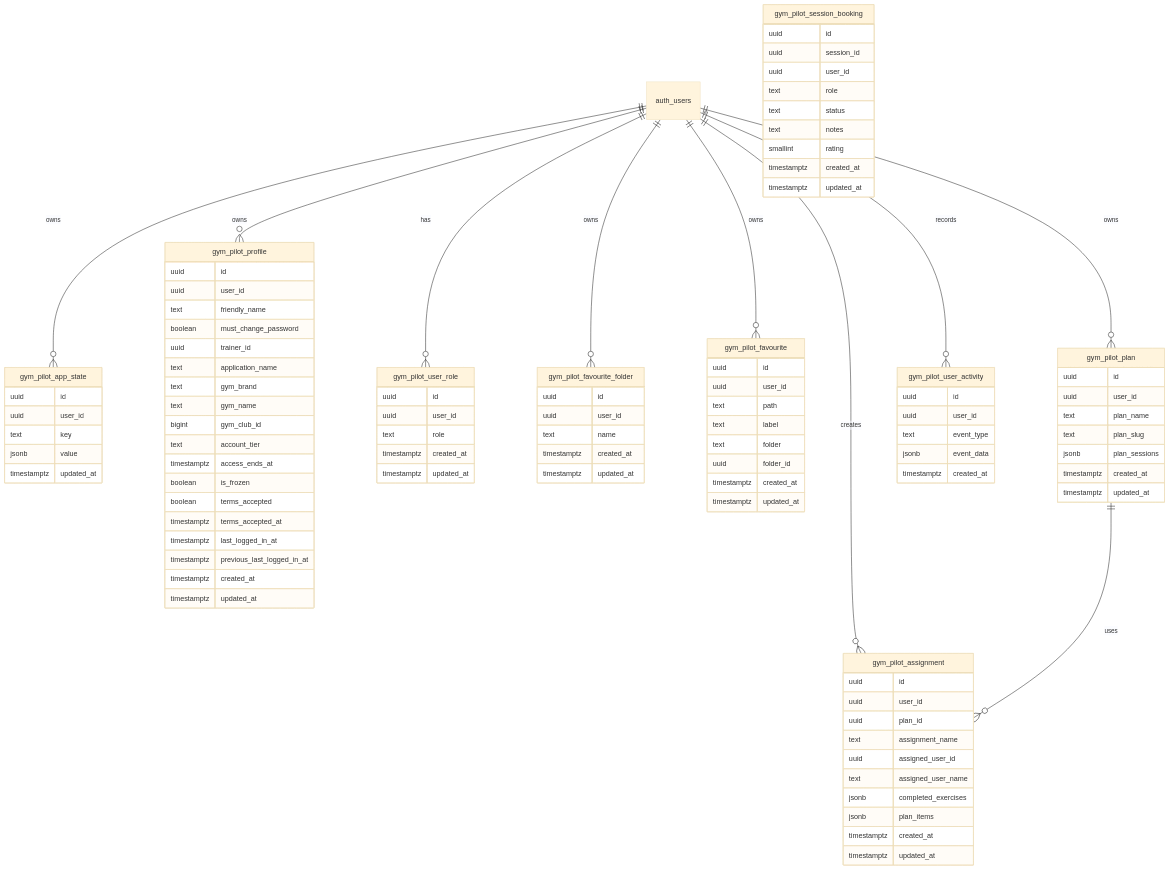
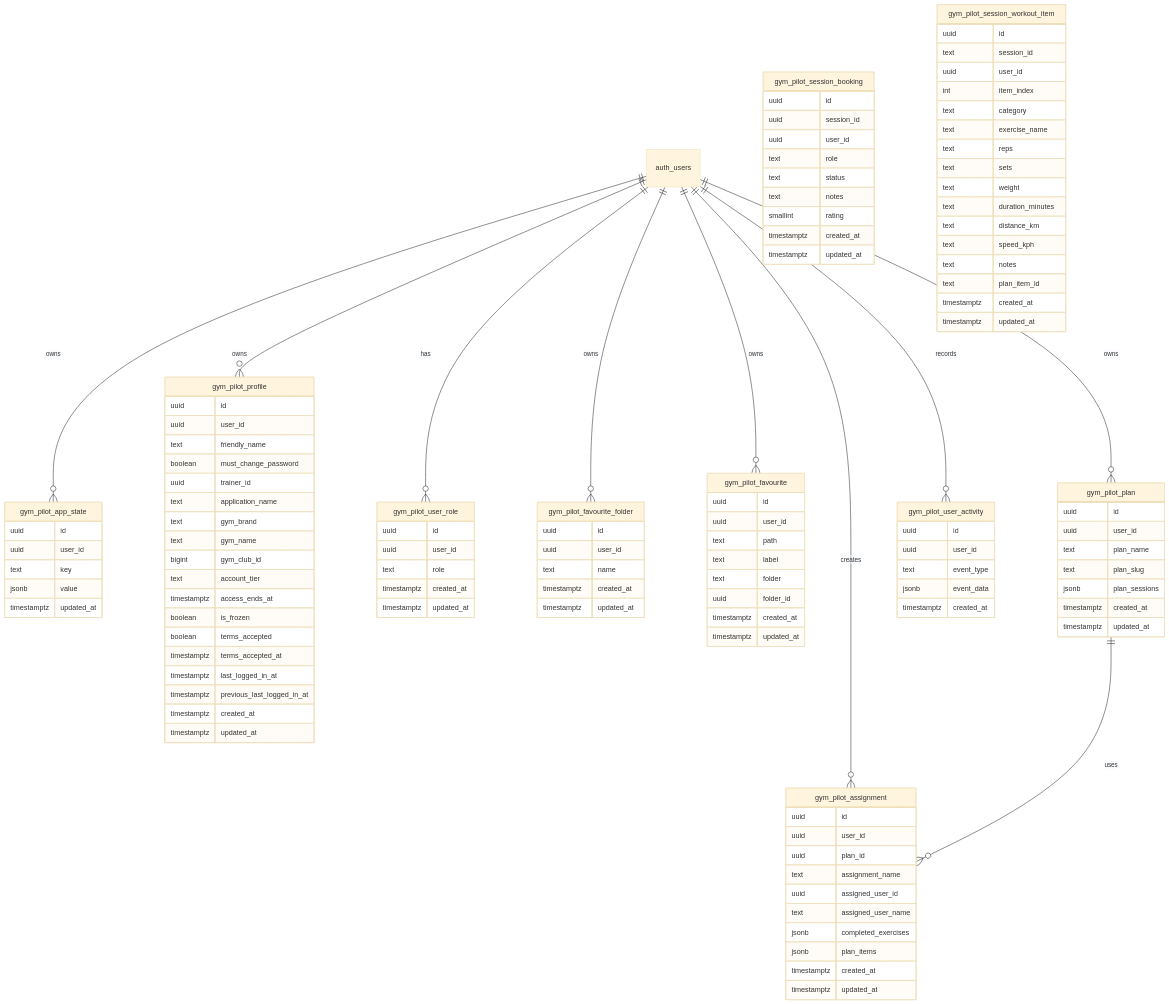
The diagram in docs/data-schema.md (asudbury/gym-pilot), drawn with Mermaid (base theme) before and after one commit. The commit also changed other lines of this file and 18 other files, not shown here.

Commit message:
session workout items

````diff
--- a/docs/data-schema.md
+++ b/docs/data-schema.md
@@ -248,4 +269,23 @@
         timestamptz created_at
         timestamptz updated_at
     }
+
+    gym_pilot_session_workout_item {
+        uuid id
+        text session_id
+        uuid user_id
+        int item_index
+        text category
+        text exercise_name
+        text reps
+        text sets
+        text weight
+        text duration_minutes
+        text distance_km
+        text speed_kph
+        text notes
+        text plan_item_id
+        timestamptz created_at
+        timestamptz updated_at
+    }
 ```
````
